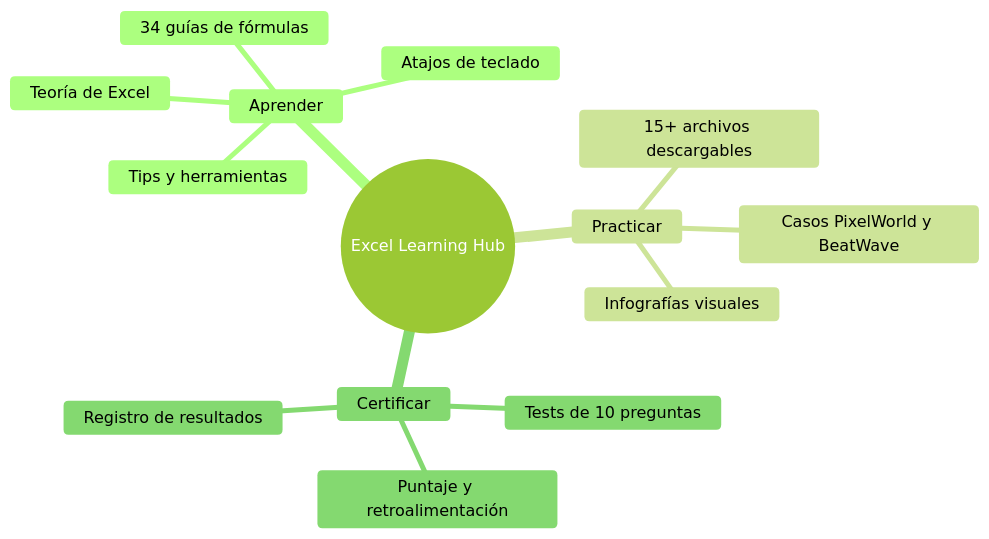
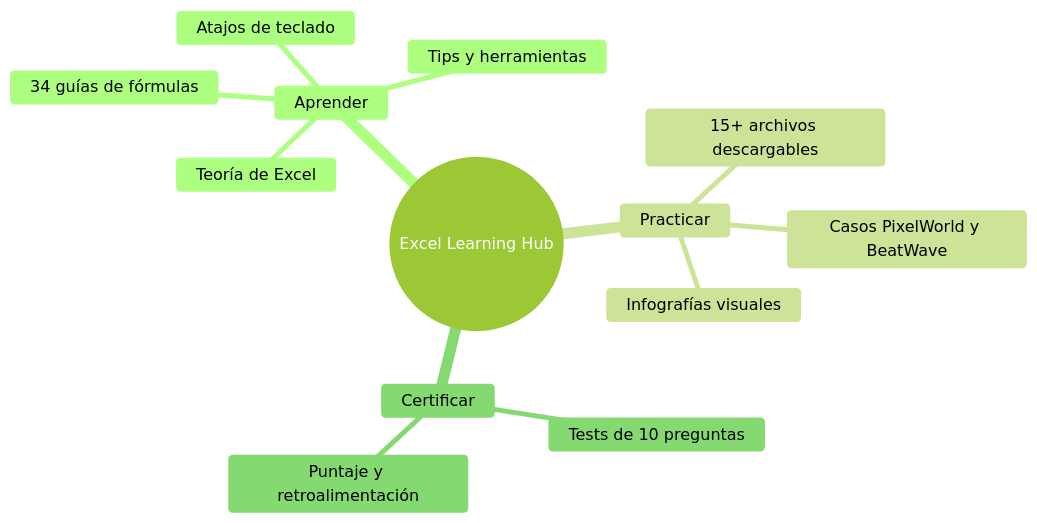
The second of 2 diagrams in docs/PROPUESTA_COMERCIAL.md (Samydex156/vanilla-blog-excel), drawn with Mermaid (forest theme) before and after one commit. The commit also changed other lines of this file and 6 other files, not shown here.

````diff
--- a/docs/PROPUESTA_COMERCIAL.md
+++ b/docs/PROPUESTA_COMERCIAL.md
@@ -29,17 +29,16 @@
 ```mermaid
 mindmap
   root((Excel Learning Hub))
     Aprender
       Teoría de Excel
       34 guías de fórmulas
       Atajos de teclado
       Tips y herramientas
     Practicar
       15+ archivos descargables
       Casos PixelWorld y BeatWave
       Infografías visuales
     Certificar
       Tests de 10 preguntas
       Puntaje y retroalimentación
-      Registro de resultados
 ```
````
